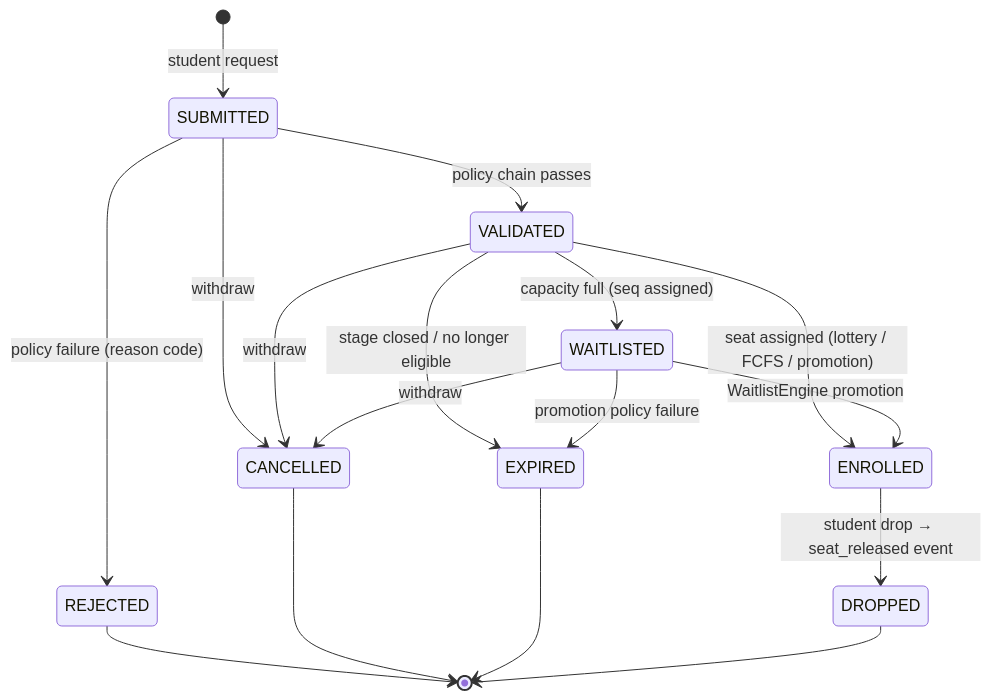
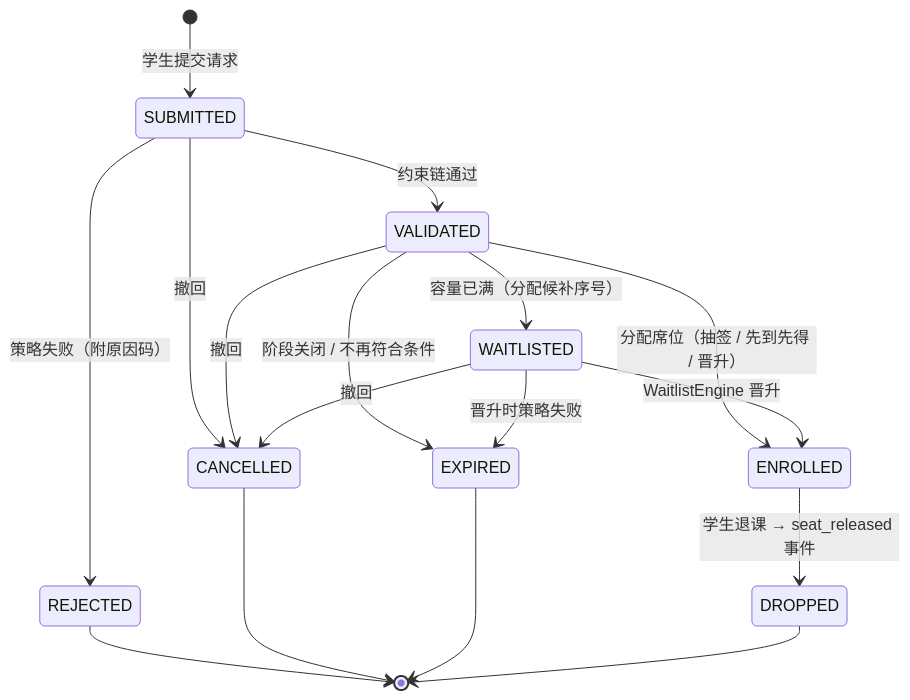
The third of 6 diagrams in docs/report.md (yuedu16night/courseflow), drawn with Mermaid before and after one commit. The commit also changed other lines of this file and 6 other files, not shown here.

````diff
--- a/docs/report.md
+++ b/docs/report.md
@@ -252,19 +165,19 @@
 ```mermaid
 stateDiagram-v2
-    [*] --> SUBMITTED : student request
-    SUBMITTED --> VALIDATED : policy chain passes
-    SUBMITTED --> REJECTED : policy failure (reason code)
-    SUBMITTED --> CANCELLED : withdraw
-    VALIDATED --> ENROLLED : seat assigned (lottery / FCFS / promotion)
-    VALIDATED --> WAITLISTED : capacity full (seq assigned)
-    VALIDATED --> CANCELLED : withdraw
-    VALIDATED --> EXPIRED : stage closed / no longer eligible
-    WAITLISTED --> ENROLLED : WaitlistEngine promotion
-    WAITLISTED --> EXPIRED : promotion policy failure
-    WAITLISTED --> CANCELLED : withdraw
-    ENROLLED --> DROPPED : student drop → seat_released event
+    [*] --> SUBMITTED : 学生提交请求
+    SUBMITTED --> VALIDATED : 约束链通过
+    SUBMITTED --> REJECTED : 策略失败（附原因码）
+    SUBMITTED --> CANCELLED : 撤回
+    VALIDATED --> ENROLLED : 分配席位（抽签 / 先到先得 / 晋升）
+    VALIDATED --> WAITLISTED : 容量已满（分配候补序号）
+    VALIDATED --> CANCELLED : 撤回
+    VALIDATED --> EXPIRED : 阶段关闭 / 不再符合条件
+    WAITLISTED --> ENROLLED : WaitlistEngine 晋升
+    WAITLISTED --> EXPIRED : 晋升时策略失败
+    WAITLISTED --> CANCELLED : 撤回
+    ENROLLED --> DROPPED : 学生退课 → seat_released 事件
     REJECTED --> [*]
     CANCELLED --> [*]
     EXPIRED --> [*]
     DROPPED --> [*]
 ```
````
